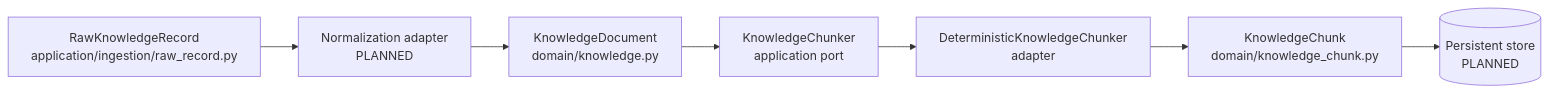
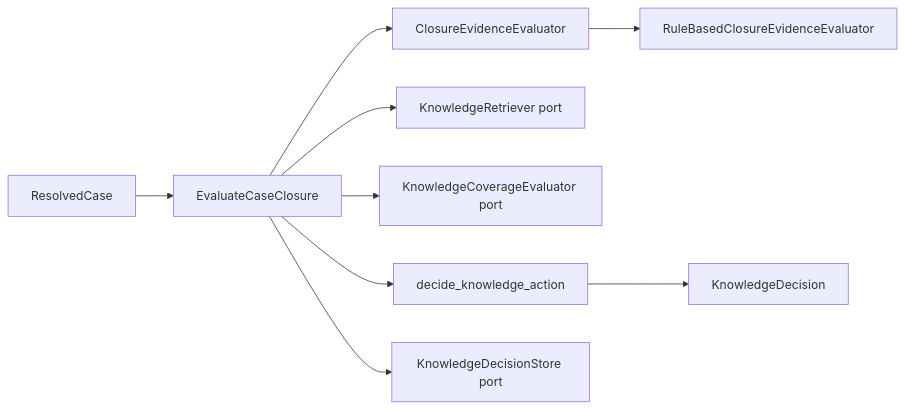
The second of 5 diagrams in docs/architecture/CODEBASE_MAP.md (kumarchandansingh/tropos), drawn with Mermaid before and after one commit. The commit also changed other lines of this file and 23 other files, not shown here.

First line of the commit message:
feat: add deterministic normalization and canonical versioning

````diff
--- a/docs/architecture/CODEBASE_MAP.md
+++ b/docs/architecture/CODEBASE_MAP.md
@@ -69,10 +84,12 @@
 ```mermaid
 flowchart LR
-    Raw[RawKnowledgeRecord<br/>application/ingestion/raw_record.py]
-    --> Normalize[Normalization adapter<br/>PLANNED]
-    --> Doc[KnowledgeDocument<br/>domain/knowledge.py]
-    --> Port[KnowledgeChunker<br/>application port]
-    --> Chunker[DeterministicKnowledgeChunker<br/>adapter]
-    --> Chunk[KnowledgeChunk<br/>domain/knowledge_chunk.py]
-    --> Store[(Persistent store<br/>PLANNED)]
+    Case[ResolvedCase]
+    --> Use[EvaluateCaseClosure]
+    Use --> Evidence[ClosureEvidenceEvaluator]
+    Evidence --> Rule[RuleBasedClosureEvidenceEvaluator]
+    Use --> Retrieve[KnowledgeRetriever port]
+    Use --> Coverage[KnowledgeCoverageEvaluator port]
+    Use --> Policy[decide_knowledge_action]
+    Policy --> Decision[KnowledgeDecision]
+    Use --> Store[KnowledgeDecisionStore port]
 ```
````
